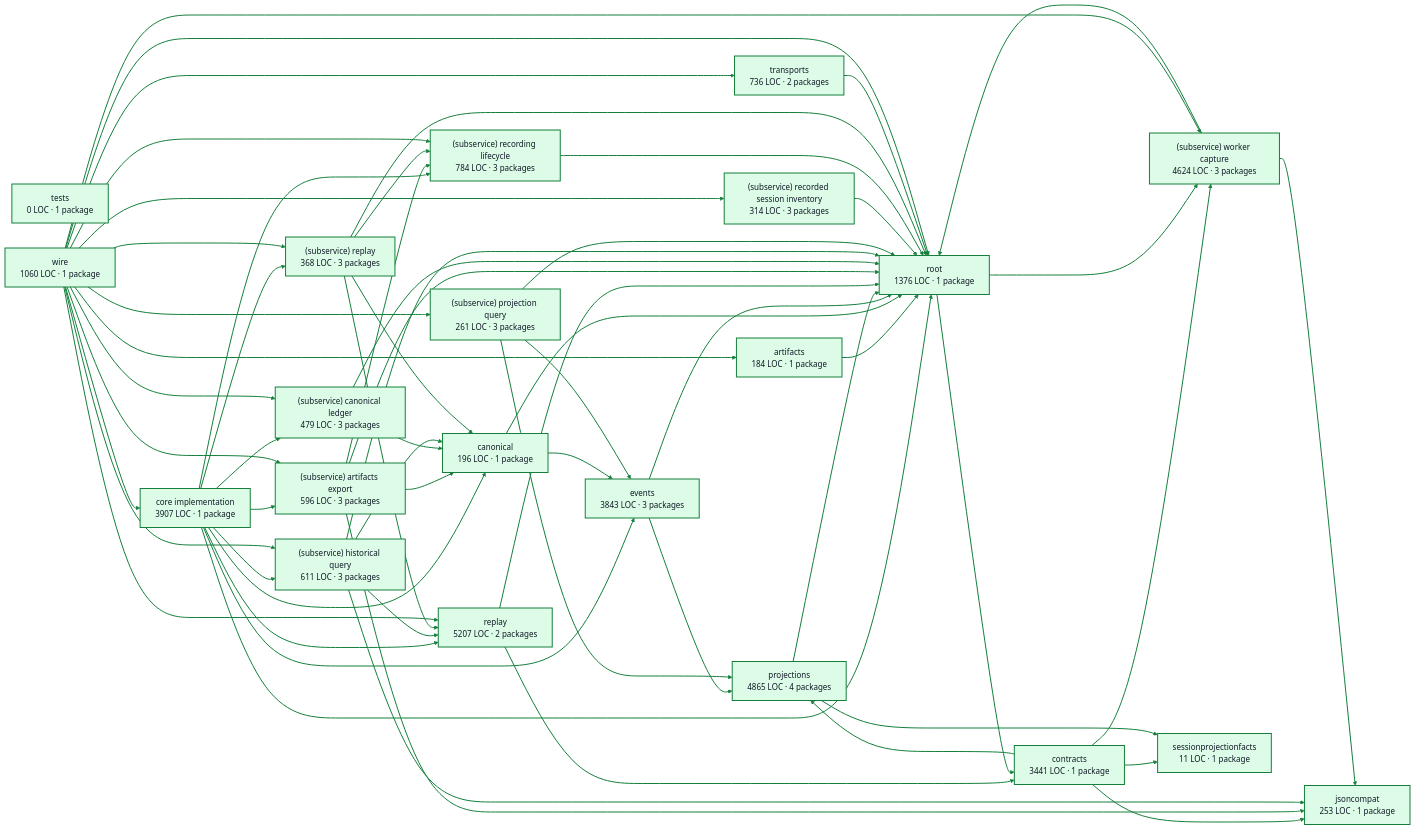
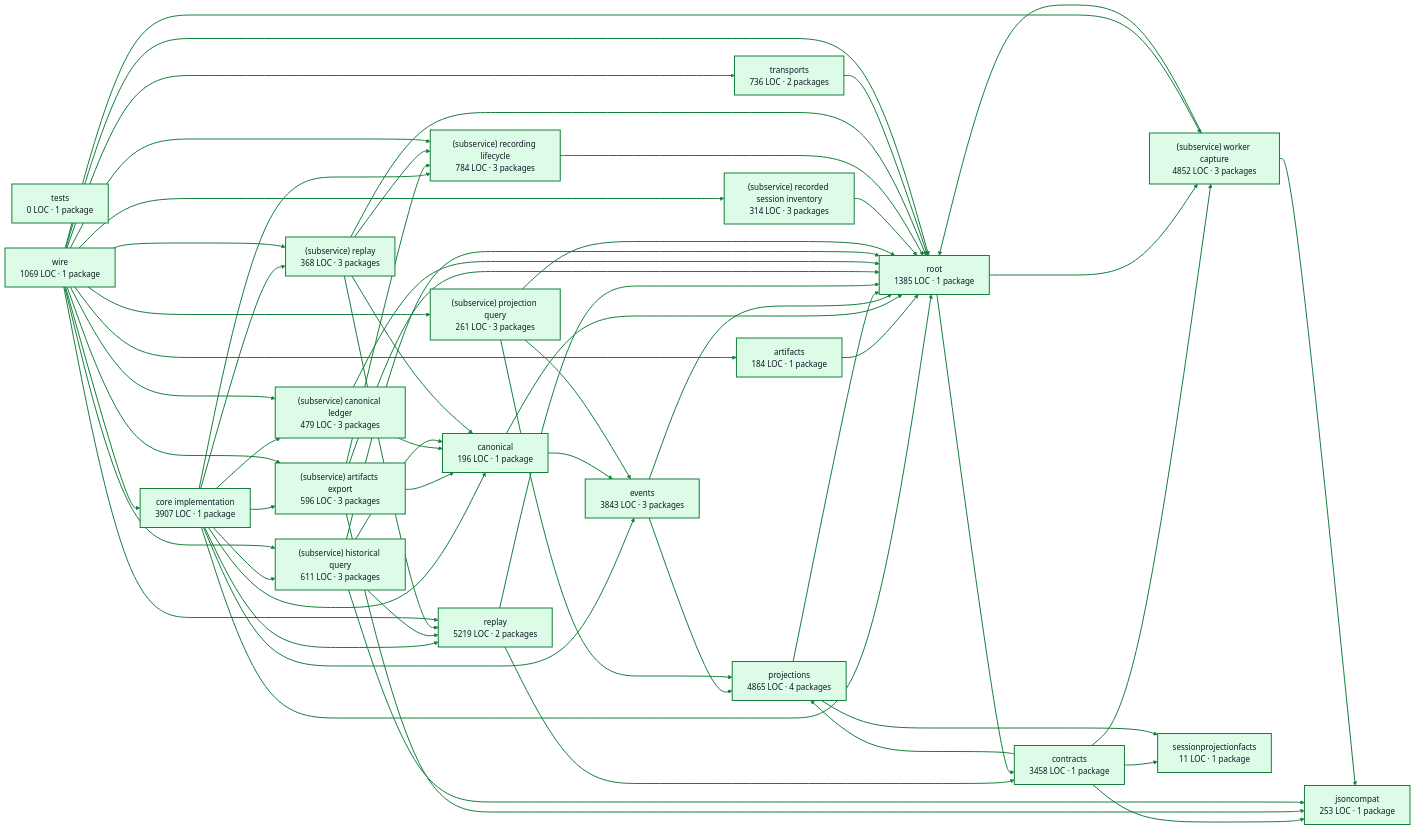
One commit to portpowered/you-agent-factory changed the diagram in docs/architecture/visualizations/services/recordings.md. Above: the diagram before and after it, drawn with Mermaid. The commit also changed other lines of this file and 20 other files, not shown here.

Commit message:
docs: refresh backend architecture visualizations

```diff
--- a/docs/architecture/visualizations/services/recordings.md
+++ b/docs/architecture/visualizations/services/recordings.md
@@ -13,11 +13,11 @@
   p0["core implementation<br/>3907 LOC · 1 package"]
   p1["artifacts<br/>184 LOC · 1 package"]
   p2["canonical<br/>196 LOC · 1 package"]
-  p3["contracts<br/>3441 LOC · 1 package"]
+  p3["contracts<br/>3458 LOC · 1 package"]
   p4["events<br/>3843 LOC · 3 packages"]
   p5["jsoncompat<br/>253 LOC · 1 package"]
   p6["projections<br/>4865 LOC · 4 packages"]
-  p7["replay<br/>5207 LOC · 2 packages"]
+  p7["replay<br/>5219 LOC · 2 packages"]
   p8["(subservice) artifacts export<br/>596 LOC · 3 packages"]
   p9["(subservice) canonical ledger<br/>479 LOC · 3 packages"]
   p10["(subservice) historical query<br/>611 LOC · 3 packages"]
@@ -25,12 +25,12 @@
   p12["(subservice) recorded session inventory<br/>314 LOC · 3 packages"]
   p13["(subservice) recording lifecycle<br/>784 LOC · 3 packages"]
   p14["(subservice) replay<br/>368 LOC · 3 packages"]
-  p15["(subservice) worker capture<br/>4624 LOC · 3 packages"]
+  p15["(subservice) worker capture<br/>4852 LOC · 3 packages"]
   p16["sessionprojectionfacts<br/>11 LOC · 1 package"]
   p17["tests<br/>0 LOC · 1 package"]
-  p18["root<br/>1376 LOC · 1 package"]
+  p18["root<br/>1385 LOC · 1 package"]
   p19["transports<br/>736 LOC · 2 packages"]
-  p20["wire<br/>1060 LOC · 1 package"]
+  p20["wire<br/>1069 LOC · 1 package"]
   p0 --> p2
   p0 --> p4
   p0 --> p7
```
